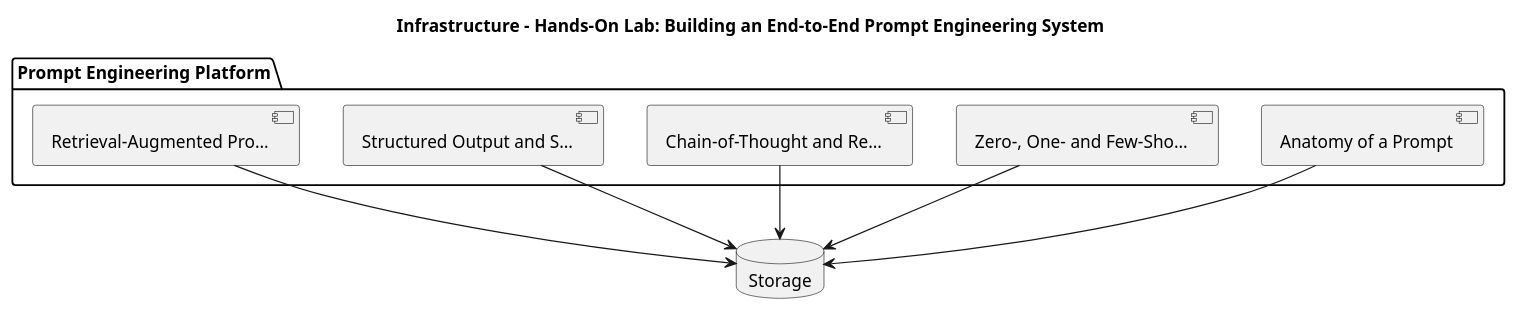
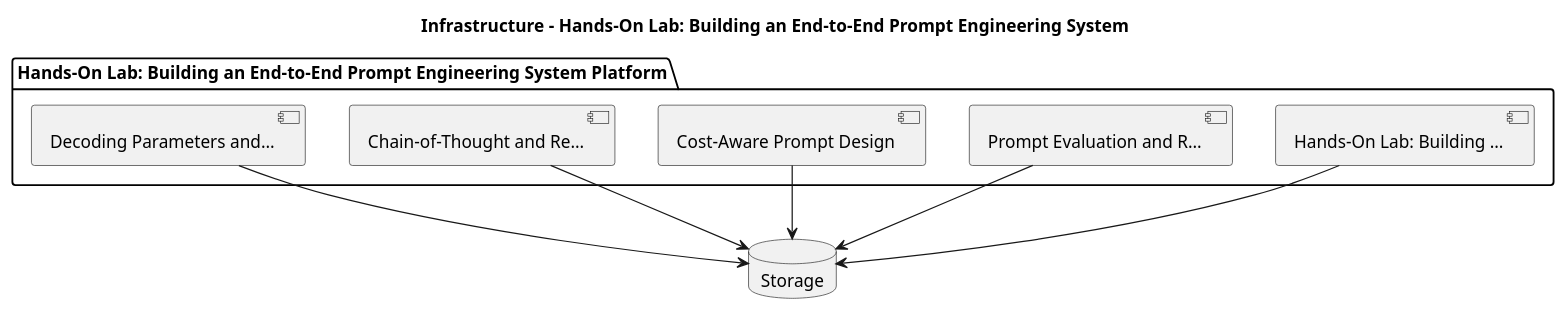
One commit to ankit05121980/AI-University changed the diagram in content/prompt-engineering/prompt-engineering-foundations/diagrams/fig-020-infrastructure.puml. Above: the diagram before and after it, drawn with PlantUML. The commit also changed 458 other files, not shown here.

First line of the commit message:
Add Diagram Studio (prompt/text -> diagram) and per-chapter diagram context

```diff
--- a/content/prompt-engineering/prompt-engineering-foundations/diagrams/fig-020-infrastructure.puml
+++ b/content/prompt-engineering/prompt-engineering-foundations/diagrams/fig-020-infrastructure.puml
@@ -1,16 +1,16 @@
 @startuml
 title Infrastructure - Hands-On Lab: Building an End-to-End Prompt Engineering System
-package "Prompt Engineering Platform" {
-  component "Anatomy of a Prompt" as C0
-  component "Zero-, One- and Few-Sho…" as C1
-  component "Chain-of-Thought and Re…" as C2
-  component "Structured Output and S…" as C3
-  component "Retrieval-Augmented Pro…" as C4
+package "Hands-On Lab: Building an End-to-End Prompt Engineering System Platform" {
+  component "Hands-On Lab: Building …" as C0
+  component "Prompt Evaluation and R…" as C1
+  component "Cost-Aware Prompt Design" as C2
+  component "Chain-of-Thought and Re…" as C3
+  component "Decoding Parameters and…" as C4
 }
 database "Storage" as DB
 C0 --> DB
 C1 --> DB
 C2 --> DB
 C3 --> DB
 C4 --> DB
 @enduml
```
